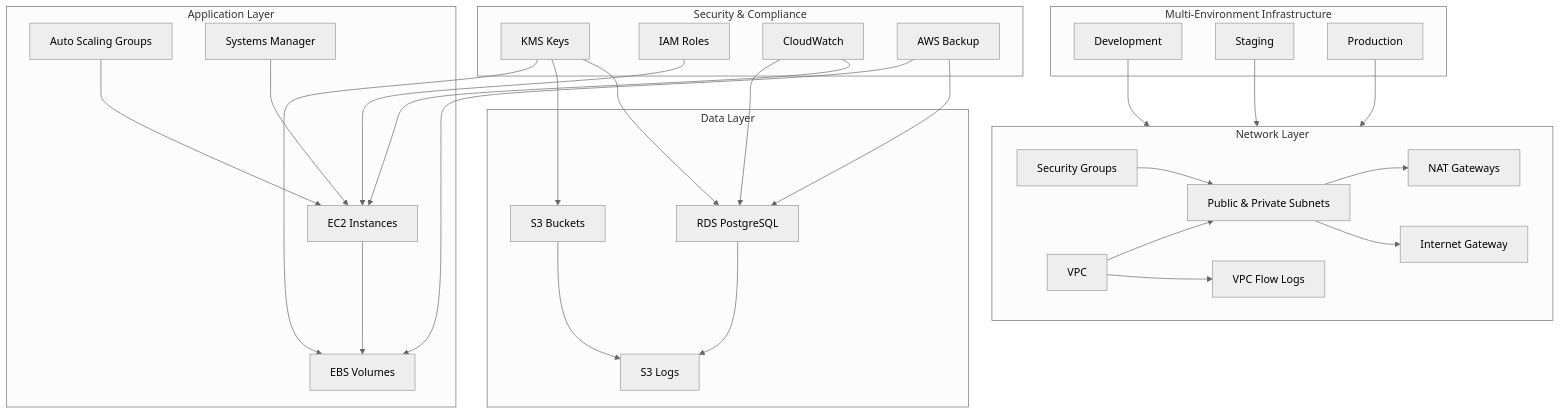
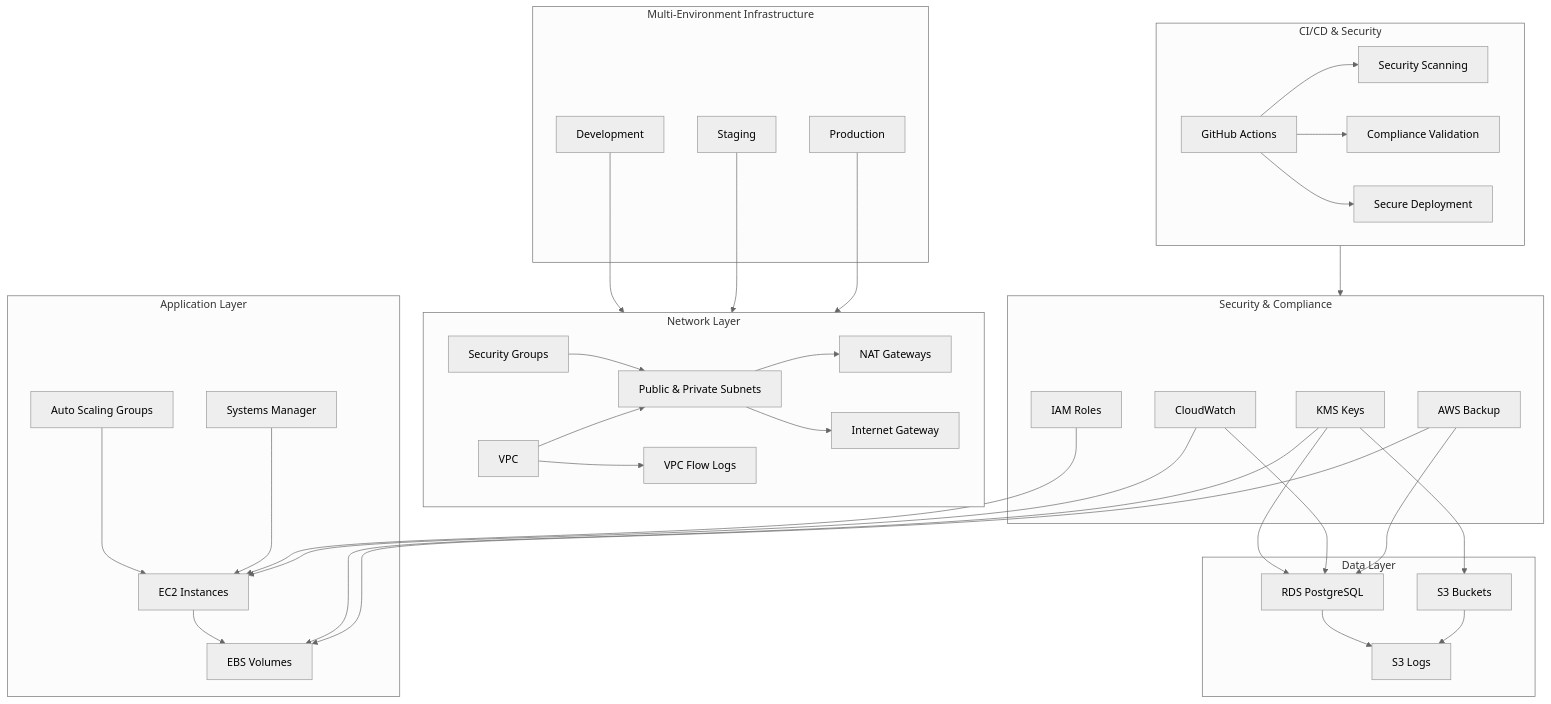
The diagram in README.md (catherinevee/terraform-katherine), drawn with Mermaid (neutral theme) before and after one commit. The commit also changed other lines of this file and 16 other files, not shown here.

````diff
--- a/README.md
+++ b/README.md
@@ -19,63 +40,75 @@
 ```mermaid
 graph TB
     subgraph Environments[Multi-Environment Infrastructure]
         DEV[Development]
         STAGING[Staging]
         PROD[Production]
     end
 
     subgraph Network[Network Layer]
         VPC[VPC]
         SUBNETS[Public & Private Subnets]
         NGW[NAT Gateways]
         IGW[Internet Gateway]
         FLOW[VPC Flow Logs]
         SG[Security Groups]
         
         VPC --> SUBNETS
         SUBNETS --> NGW
         SUBNETS --> IGW
         VPC --> FLOW
         SG --> SUBNETS
     end
 
     subgraph App[Application Layer]
         EC2[EC2 Instances]
         EBS[EBS Volumes]
         ASG[Auto Scaling Groups]
         SSM[Systems Manager]
         
         ASG --> EC2
         EC2 --> EBS
         SSM --> EC2
     end
 
     subgraph Data[Data Layer]
         RDS[RDS PostgreSQL]
         S3[S3 Buckets]
         S3LOGS[S3 Logs]
         
         RDS --> S3LOGS
         S3 --> S3LOGS
     end
 
     subgraph Security[Security & Compliance]
         KMS[KMS Keys]
         IAM[IAM Roles]
         CW[CloudWatch]
         BACKUP[AWS Backup]
         
         KMS --> RDS
         KMS --> S3
         KMS --> EBS
         IAM --> EC2
         CW --> EC2
         CW --> RDS
         BACKUP --> RDS
         BACKUP --> EBS
     end
 
+    subgraph CI_CD[CI/CD & Security]
+        GH[GitHub Actions]
+        SEC[Security Scanning]
+        COMP[Compliance Validation]
+        DEPLOY[Secure Deployment]
+        
+        GH --> SEC
+        GH --> COMP
+        GH --> DEPLOY
+    end
+
     DEV --> Network
     STAGING --> Network
     PROD --> Network
+    CI_CD --> Security
 ```
````
